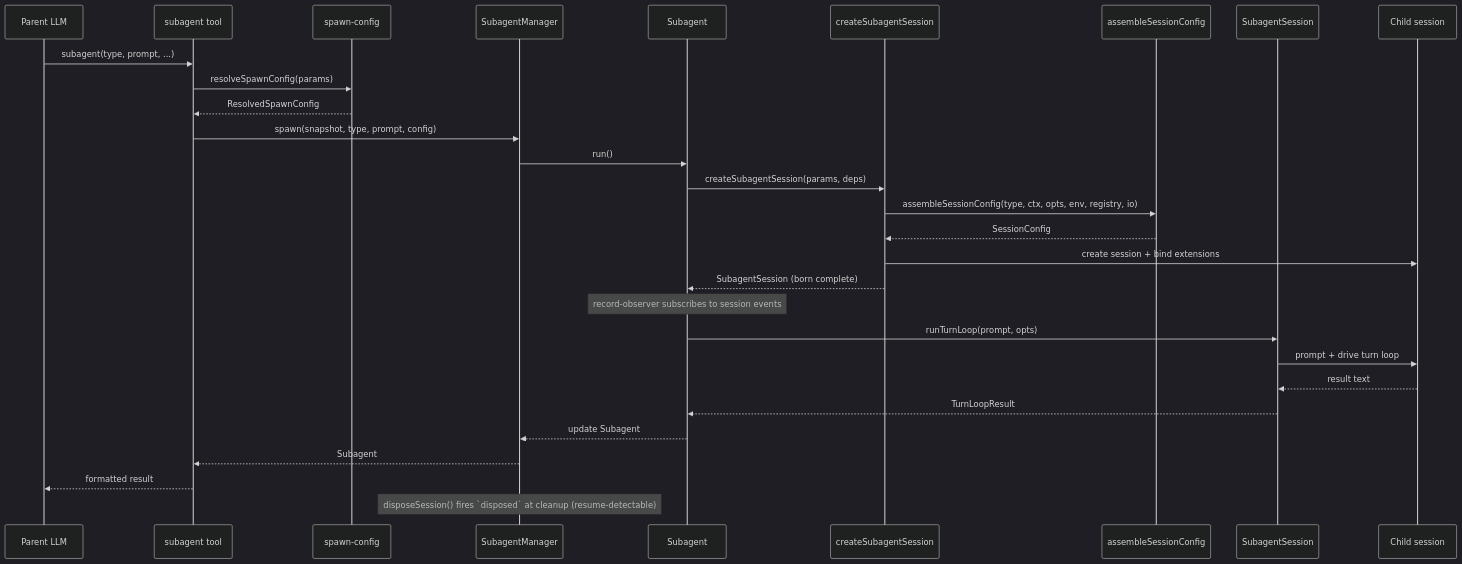
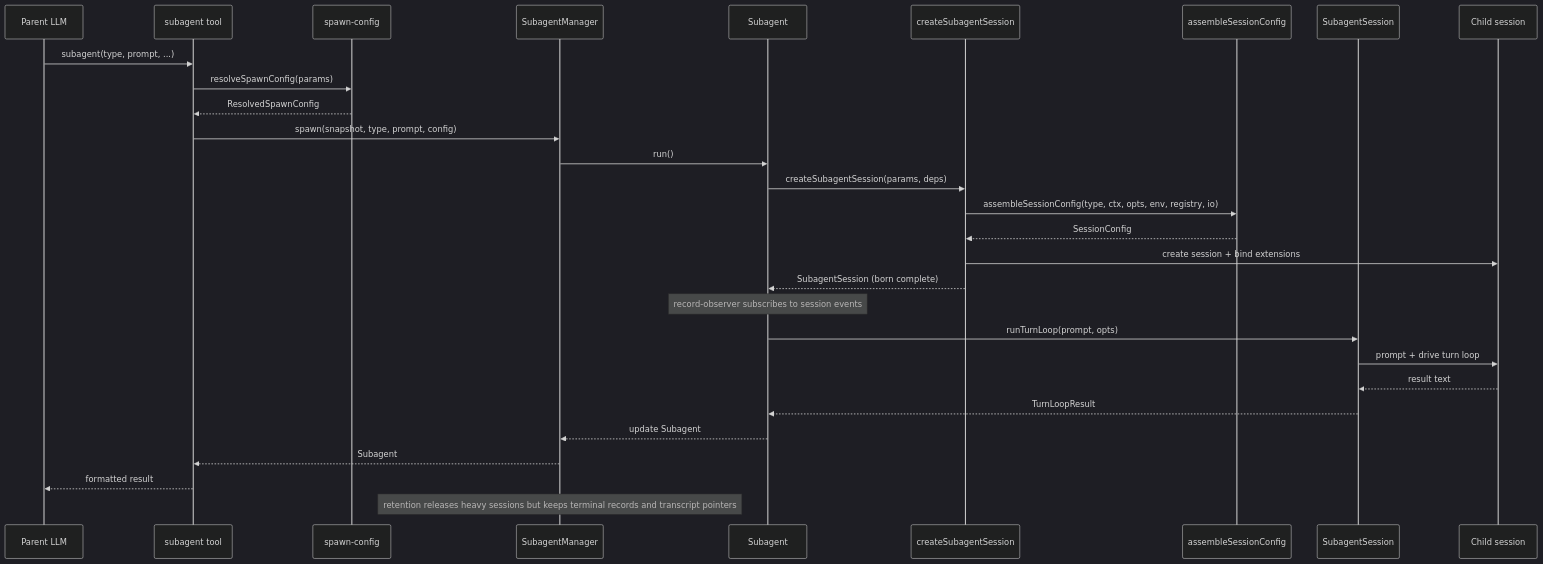
The fourth of 6 diagrams in packages/pi-subagents/docs/architecture/architecture.md (nklisch/pi-extensions), drawn with Mermaid (dark theme) before and after one commit. The commit also changed other lines of this file and 282 other files, not shown here.

````diff
--- a/packages/pi-subagents/docs/architecture/architecture.md
+++ b/packages/pi-subagents/docs/architecture/architecture.md
@@ -238,32 +243,32 @@
 ```mermaid
 sequenceDiagram
     participant LLM as Parent LLM
     participant Tool as subagent tool
     participant Spawn as spawn-config
     participant Mgr as SubagentManager
     participant Ag as Subagent
     participant Factory as createSubagentSession
     participant Asm as assembleSessionConfig
     participant Sub as SubagentSession
     participant Child as Child session
 
     LLM->>Tool: subagent(type, prompt, ...)
     Tool->>Spawn: resolveSpawnConfig(params)
     Spawn-->>Tool: ResolvedSpawnConfig
     Tool->>Mgr: spawn(snapshot, type, prompt, config)
     Mgr->>Ag: run()
     Ag->>Factory: createSubagentSession(params, deps)
     Factory->>Asm: assembleSessionConfig(type, ctx, opts, env, registry, io)
     Asm-->>Factory: SessionConfig
     Factory->>Child: create session + bind extensions
     Factory-->>Ag: SubagentSession (born complete)
     Note over Ag: record-observer subscribes to session events
     Ag->>Sub: runTurnLoop(prompt, opts)
     Sub->>Child: prompt + drive turn loop
     Child-->>Sub: result text
     Sub-->>Ag: TurnLoopResult
     Ag-->>Mgr: update Subagent
     Mgr-->>Tool: Subagent
     Tool-->>LLM: formatted result
-    Note over Mgr: disposeSession() fires `disposed` at cleanup (resume-detectable)
+    Note over Mgr: retention releases heavy sessions but keeps terminal records and transcript pointers
 ```
````
